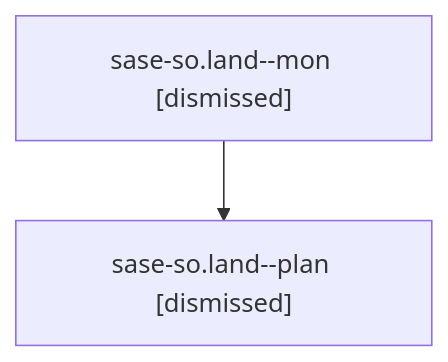
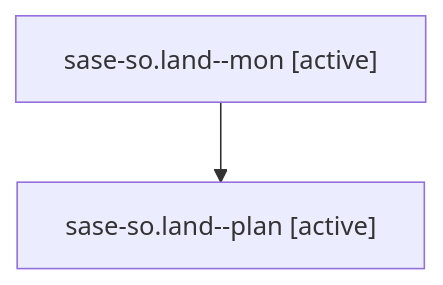
Before and after one commit to sase-org/sase--agents: the diagram in families/bbugyi200.athena.sase-so.land.md, drawn with Mermaid. The commit also changed other lines of this file and 35830 other files, not shown here.

````diff
--- a/families/bbugyi200.athena.sase-so.land.md
+++ b/families/bbugyi200.athena.sase-so.land.md
@@ -9,6 +9,6 @@
 ```mermaid
 flowchart TD
-  n0["sase-so.land--mon [dismissed]"]
-  n1["sase-so.land--plan [dismissed]"]
+  n0["sase-so.land--mon [active]"]
+  n1["sase-so.land--plan [active]"]
   n0 --> n1
 ```
````
